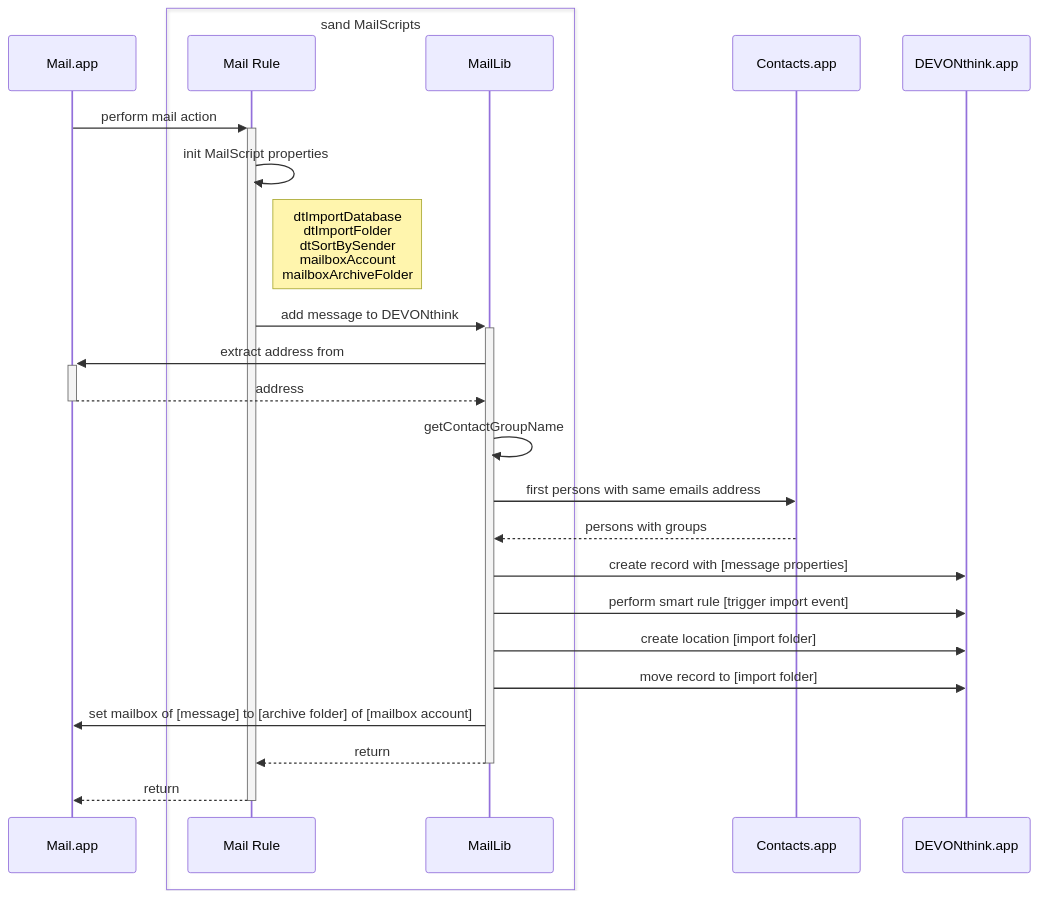
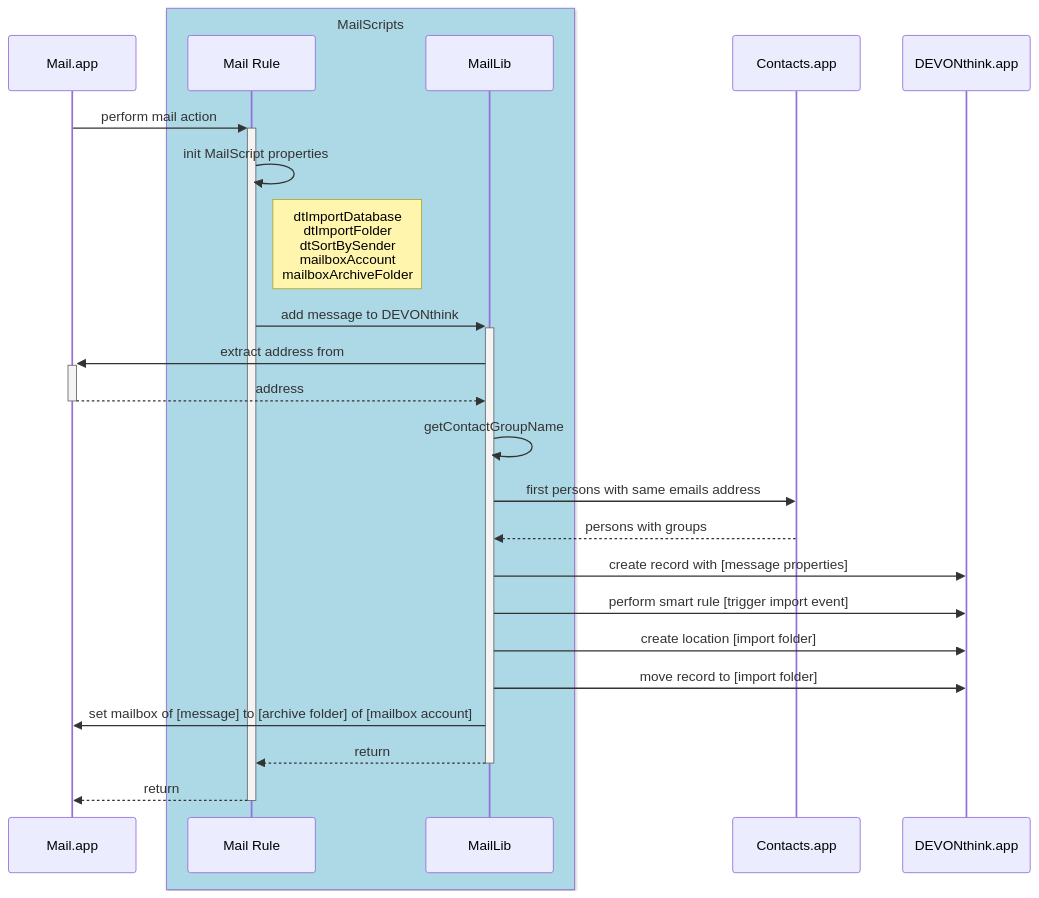
The diagram in Docs/import-email-doc.md (s17n/MailScripts), drawn with Mermaid before and after one commit.

Commit message:
Some tests

````diff
--- a/Docs/import-email-doc.md
+++ b/Docs/import-email-doc.md
@@ -18,28 +18,28 @@
 ```mermaid 
 sequenceDiagram
 	participant M as Mail.app
-	box sand MailScripts
+	box lightblue MailScripts
 	    participant MR as Mail Rule
     		participant ML as MailLib 
 	end
 	participant C as Contacts.app
     participant D as DEVONthink.app
 	
 	M->>+MR: perform mail action
 	MR->>MR: init MailScript properties
 	Note right of MR: dtImportDatabase <br/> dtImportFolder <br/> dtSortBySender <br/> mailboxAccount <br/> mailboxArchiveFolder
 	MR->>+ML: add message to DEVONthink
 	ML->>+M: extract address from
 	M-->>-ML: address
 	ML->>ML: getContactGroupName
 	ML->>C: first persons with same emails address
 	C-->>ML: persons with groups
 	ML->>D: create record with [message properties]
 	ML->>D: perform smart rule [trigger import event]
 	ML->>D: create location [import folder]
 	ML->>D: move record to [import folder]
 	ML->>M: set mailbox of [message] to [archive folder] of [mailbox account]
 	ML-->>-MR: return
 	MR-->>-M: return
 	
 ```
````
